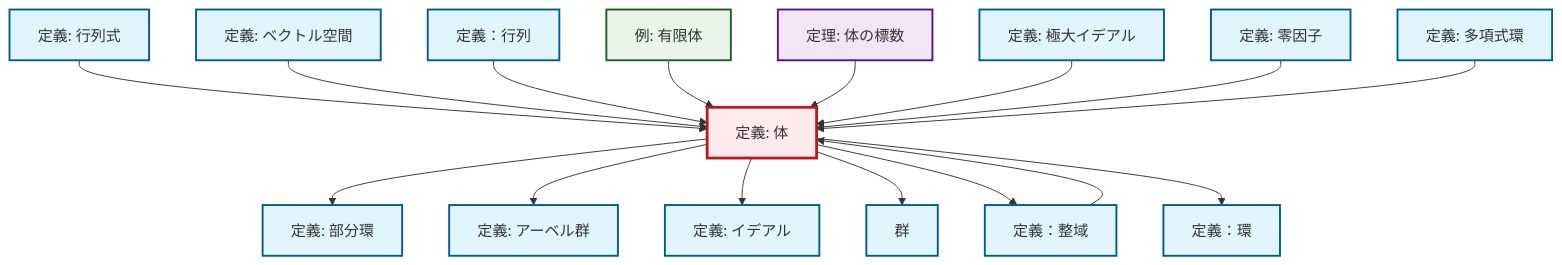
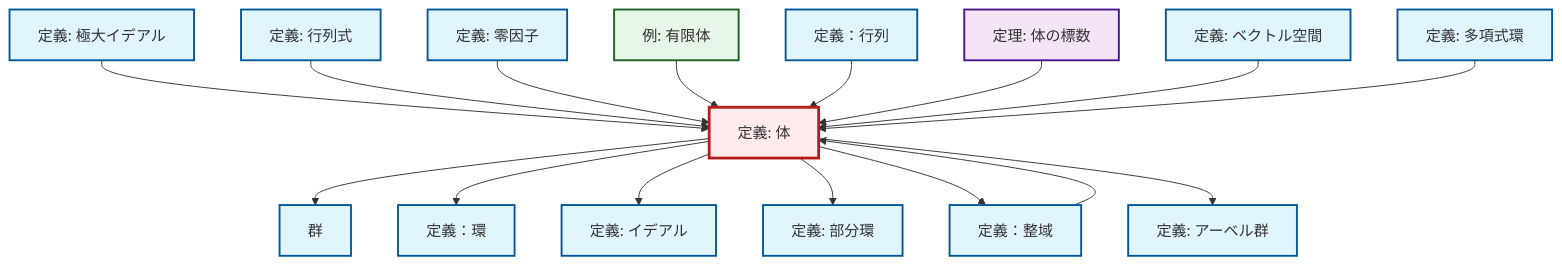
Before and after one commit to RK0429/ModernMath: the diagram in content/ja/algebra/def-field.qmd, drawn with Mermaid. The commit also changed 672 other files, not shown here.

````diff
--- a/content/ja/algebra/def-field.qmd
+++ b/content/ja/algebra/def-field.qmd
@@ -60,54 +60,54 @@
 ```{mermaid}
-%%| fig-cap: "Local dependency graph"
+%%| fig-cap: "ローカル依存関係グラフ"
 graph TD
     classDef definition fill:#e1f5fe,stroke:#01579b,stroke-width:2px
     classDef theorem fill:#f3e5f5,stroke:#4a148c,stroke-width:2px
     classDef axiom fill:#fff3e0,stroke:#e65100,stroke-width:2px
     classDef example fill:#e8f5e9,stroke:#1b5e20,stroke-width:2px
     classDef current fill:#ffebee,stroke:#b71c1c,stroke-width:3px
-    def-polynomial-ring["定義: 多項式環"]:::definition
-    def-field["定義: 体"]:::definition
-    def-ring["定義：環"]:::definition
-    def-subring["定義: 部分環"]:::definition
-    def-vector-space["定義: ベクトル空間"]:::definition
-    def-maximal-ideal["定義: 極大イデアル"]:::definition
     thm-field-characteristic["定理: 体の標数"]:::theorem
-    ex-finite-field["例: 有限体"]:::example
-    def-abelian-group["定義: アーベル群"]:::definition
-    def-matrix["定義：行列"]:::definition
     def-determinant["定義: 行列式"]:::definition
     def-integral-domain["定義：整域"]:::definition
+    def-subring["定義: 部分環"]:::definition
+    def-maximal-ideal["定義: 極大イデアル"]:::definition
+    def-matrix["定義：行列"]:::definition
     def-ideal["定義: イデアル"]:::definition
+    def-ring["定義：環"]:::definition
     def-group["群"]:::definition
     def-zero-divisor["定義: 零因子"]:::definition
+    def-field["定義: 体"]:::definition
+    ex-finite-field["例: 有限体"]:::example
+    def-polynomial-ring["定義: 多項式環"]:::definition
+    def-vector-space["定義: ベクトル空間"]:::definition
+    def-abelian-group["定義: アーベル群"]:::definition
+    def-field --> def-group
+    def-field --> def-ring
+    def-integral-domain --> def-field
+    def-maximal-ideal --> def-field
     def-determinant --> def-field
+    def-field --> def-ideal
+    def-zero-divisor --> def-field
+    ex-finite-field --> def-field
+    def-matrix --> def-field
+    def-field --> def-subring
+    def-field --> def-integral-domain
+    def-field --> def-abelian-group
+    thm-field-characteristic --> def-field
     def-vector-space --> def-field
-    def-matrix --> def-field
-    ex-finite-field --> def-field
-    def-field --> def-subring
-    thm-field-characteristic --> def-field
-    def-maximal-ideal --> def-field
-    def-field --> def-abelian-group
-    def-zero-divisor --> def-field
     def-polynomial-ring --> def-field
-    def-field --> def-ideal
-    def-field --> def-group
-    def-integral-domain --> def-field
-    def-field --> def-integral-domain
-    def-field --> def-ring
     class def-field current
-    click def-polynomial-ring "def-polynomial-ring.html" "多項式環の定義へ"
-    click def-ring "def-ring.html" "定義：環へ"
-    click def-subring "def-subring.html" "部分環の定義へ"
-    click def-vector-space "def-vector-space.html" "ベクトル空間の定義へ"
-    click def-maximal-ideal "def-maximal-ideal.html" "極大イデアルの定義へ"
     click thm-field-characteristic "thm-field-characteristic.html" "体の標数の定理へ"
-    click ex-finite-field "ex-finite-field.html" "有限体の例へ"
-    click def-abelian-group "def-abelian-group.html" "アーベル群の定義へ"
-    click def-matrix "def-matrix.html" "定義：行列へ"
     click def-determinant "def-determinant.html" "行列式の定義へ"
     click def-integral-domain "def-integral-domain.html" "定義：整域へ"
+    click def-subring "def-subring.html" "部分環の定義へ"
+    click def-maximal-ideal "def-maximal-ideal.html" "極大イデアルの定義へ"
+    click def-matrix "def-matrix.html" "定義：行列へ"
     click def-ideal "def-ideal.html" "イデアルの定義へ"
+    click def-ring "def-ring.html" "定義：環へ"
     click def-group "def-group.html" "群へ"
     click def-zero-divisor "def-zero-divisor.html" "零因子の定義へ"
+    click ex-finite-field "ex-finite-field.html" "有限体の例へ"
+    click def-polynomial-ring "def-polynomial-ring.html" "多項式環の定義へ"
+    click def-vector-space "def-vector-space.html" "ベクトル空間の定義へ"
+    click def-abelian-group "def-abelian-group.html" "アーベル群の定義へ"
 ```
````
